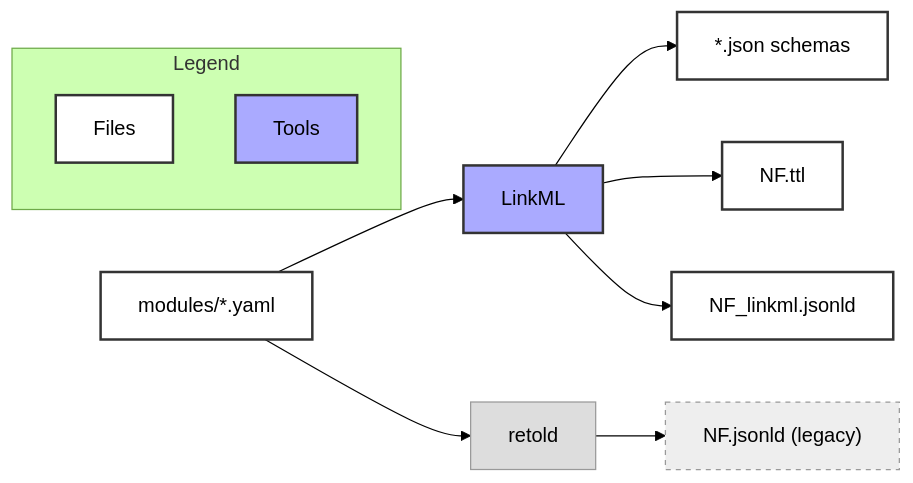
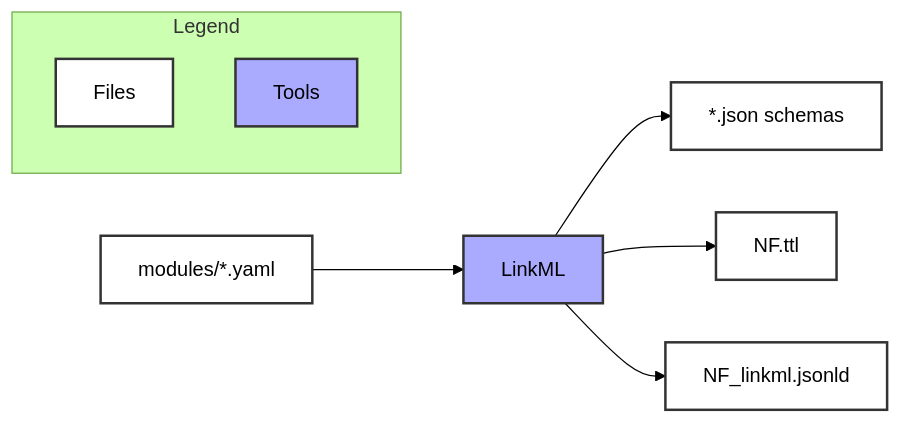
One commit to nf-osi/nf-metadata-dictionary changed the diagram in README.md. Above: the diagram before and after it, drawn with Mermaid (forest theme). The commit also changed other lines of this file, not shown here.

Commit message:
More doc cleanup

````diff
--- a/README.md
+++ b/README.md
@@ -28,27 +28,23 @@
 ```mermaid
 graph LR
     A[modules/*.yaml] --> L[LinkML]
     L --> J[*.json schemas]
     L --> T[NF.ttl]
     L --> LJ["NF_linkml.jsonld"]
-    A --> B[retold]
-    B --> C["NF.jsonld (legacy)"]
 
-class B,L tools
+class L tools
     
     %% Legend
     subgraph Legend
         G[Files]
         H[Tools]
     end
 
 style A fill:white,stroke:#333,stroke-width:2px;
-style C fill:#eee,stroke:#999,stroke-width:1px,stroke-dasharray:4;
 style G fill:white,stroke:#333,stroke-width:2px;
 style J fill:white,stroke:#333,stroke-width:2px;
 style T fill:white,stroke:#333,stroke-width:2px;
 style LJ fill:white,stroke:#333,stroke-width:2px;
-style B fill:#ddd,stroke:#999,stroke-width:1px
 style H fill:#aaf,stroke:#333,stroke-width:2px
 style L fill:#aaf,stroke:#333,stroke-width:2px
 ```
````
